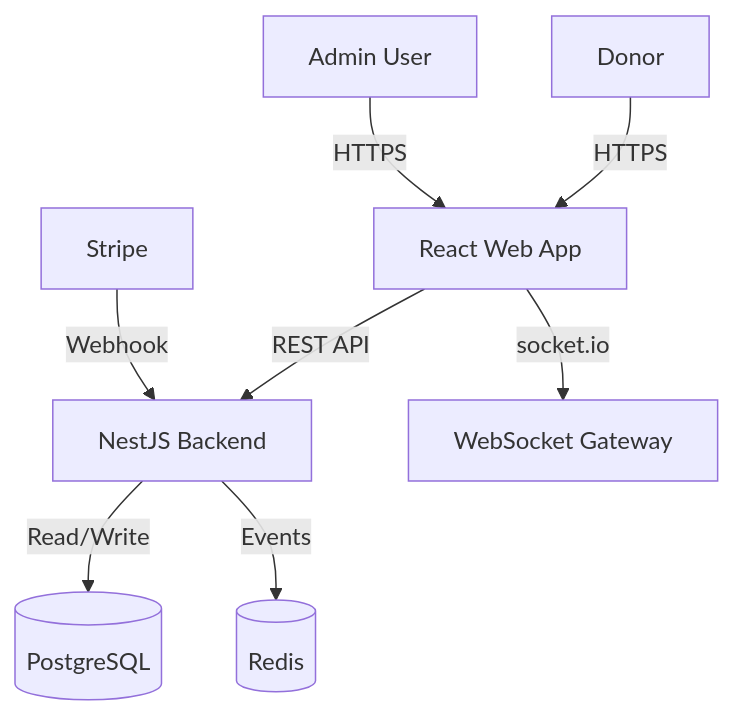
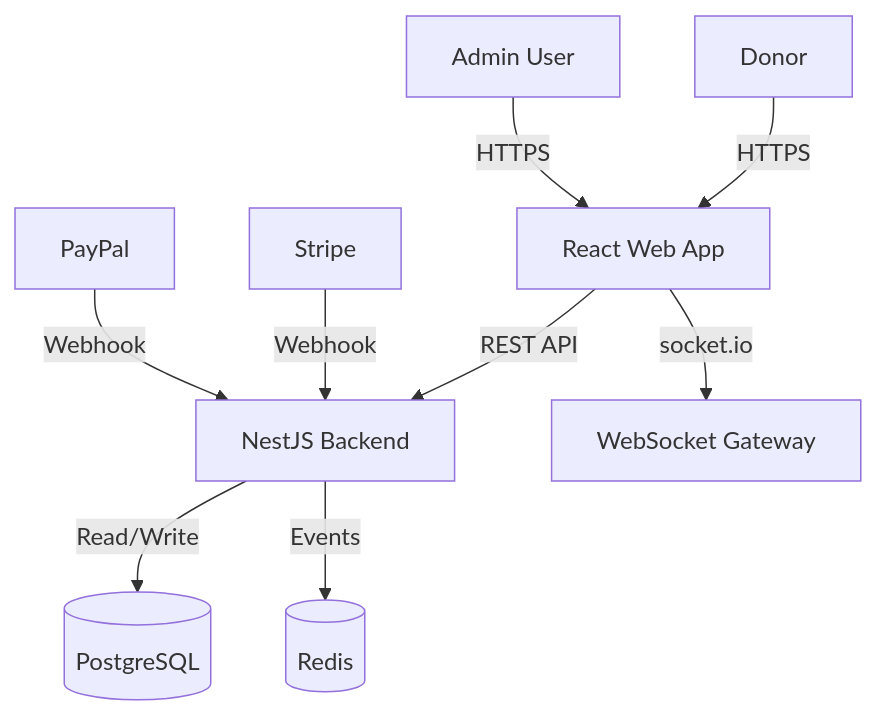
Before and after one commit to Mouness/fundraising-event: the first of 2 diagrams in docs/architecture.md, drawn with Mermaid. The commit also changed other lines of this file and 214 other files, not shown here.

````diff
--- a/docs/architecture.md
+++ b/docs/architecture.md
@@ -7,13 +7,14 @@
 ```mermaid
 graph TD
     User[Donor] -->|HTTPS| Frontend[React Web App]
     Admin[Admin User] -->|HTTPS| Frontend
     
     Frontend -->|REST API| API[NestJS Backend]
     Frontend -->|socket.io| Gateway[WebSocket Gateway]
 
     API -->|Read/Write| DB[(PostgreSQL)]
     API -->|Events| Redis[(Redis)]
     
     Stripe[Stripe] -->|Webhook| API
+    PayPal[PayPal] -->|Webhook| API
 ```
````
